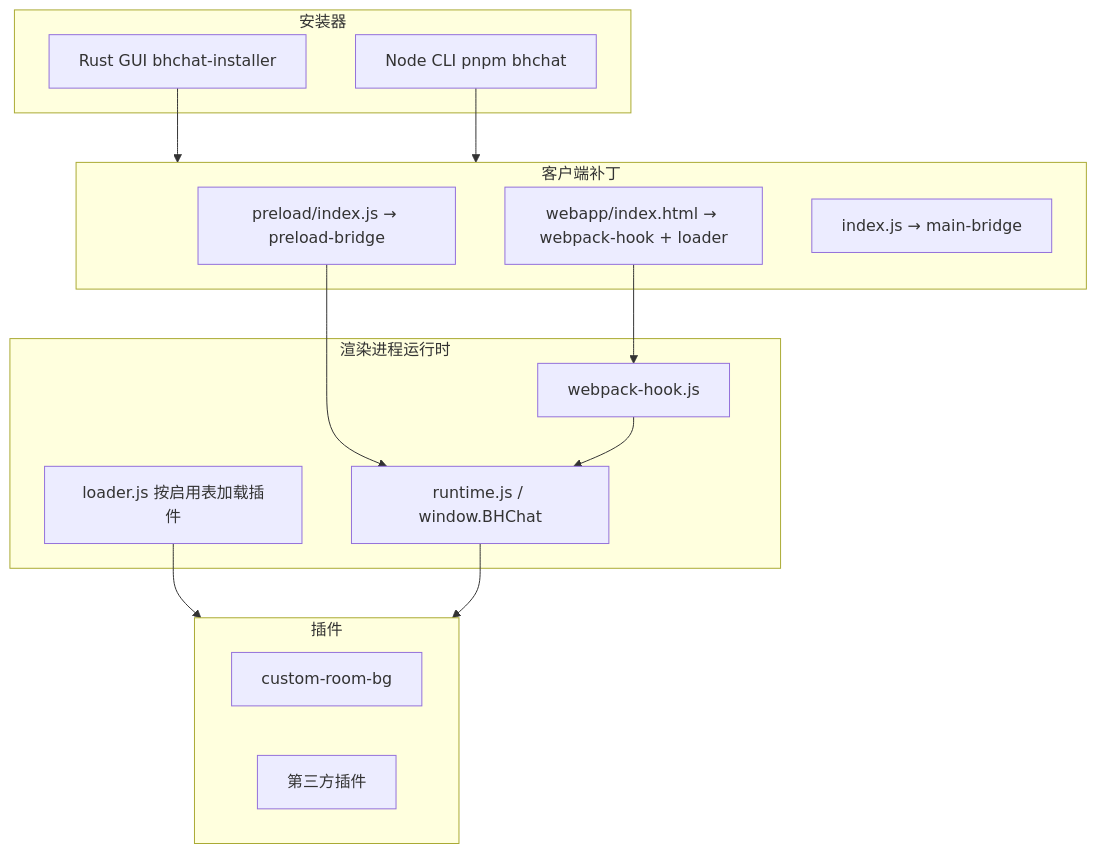
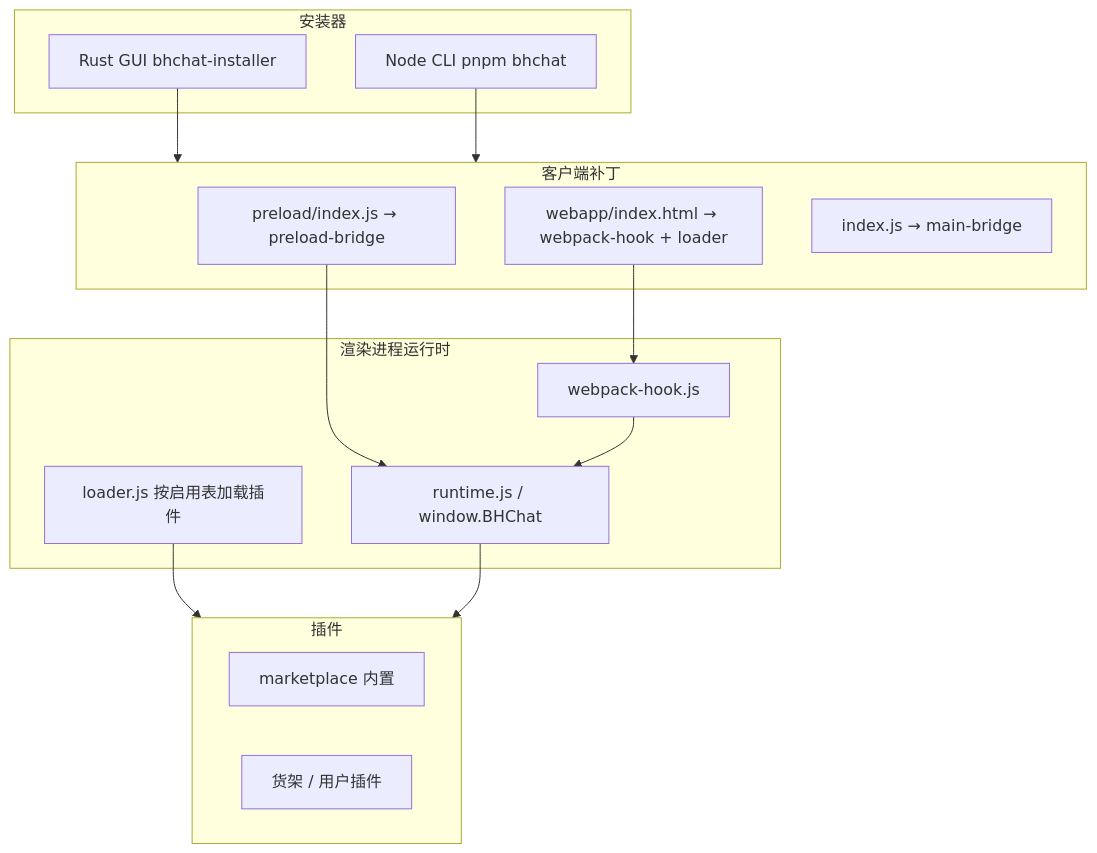
The diagram in docs/04-architecture.md (BetterSomething/BetterHeyboxChat), drawn with Mermaid before and after one commit. The commit also changed other lines of this file and 2 other files, not shown here.

````diff
--- a/docs/04-architecture.md
+++ b/docs/04-architecture.md
@@ -7,32 +7,32 @@
 ```mermaid
 flowchart TB
     subgraph installer [安装器]
         GUI[Rust GUI bhchat-installer]
         CLI[Node CLI pnpm bhchat]
     end
 
     subgraph patch [客户端补丁]
         P[preload/index.js → preload-bridge]
         H[webapp/index.html → webpack-hook + loader]
         M[index.js → main-bridge]
     end
 
     subgraph runtime [渲染进程运行时]
         W[webpack-hook.js]
         R[runtime.js / window.BHChat]
         L[loader.js 按启用表加载插件]
     end
 
     subgraph plugins [插件]
-        B[custom-room-bg]
-        X[第三方插件]
+        B[marketplace 内置]
+        X[货架 / 用户插件]
     end
 
     GUI --> patch
     CLI --> patch
     P --> R
     H --> W
     W --> R
     L --> plugins
     R --> plugins
 ```
````
